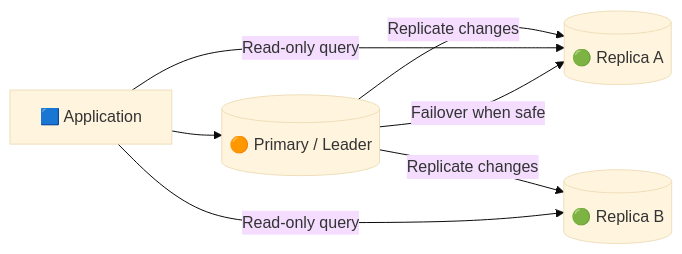
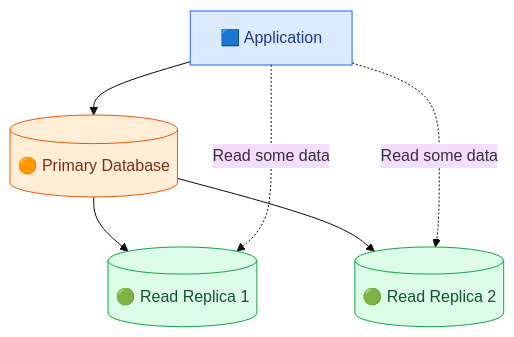
The fifth of 9 diagrams in System-Design/01-E-Commerce-Amazon.md (azam123/Engineering-Interview-Prep), drawn with Mermaid (base theme) before and after one commit. The commit also changed other lines of this file, not shown here.

```diff
--- a/System-Design/01-E-Commerce-Amazon.md
+++ b/System-Design/01-E-Commerce-Amazon.md
@@ -420,9 +337,14 @@
 ~~~mermaid
-flowchart LR
-    APP["🟦 Application"] --> P[("🟠 Primary / Leader")]
-    P -->|Replicate changes| R1[("🟢 Replica A")]
-    P -->|Replicate changes| R2[("🟢 Replica B")]
-    APP -->|Read-only query| R1
-    APP -->|Read-only query| R2
-    P -->|Failover when safe| R1
+flowchart TD
+    A["🟦 Application"] --> P[("🟠 Primary Database")]
+    P --> R1[("🟢 Read Replica 1")]
+    P --> R2[("🟢 Read Replica 2")]
+    A -. "Read some data" .-> R1
+    A -. "Read some data" .-> R2
+    classDef app fill:#dbeafe,stroke:#2563eb,color:#1e3a8a;
+    classDef primary fill:#ffedd5,stroke:#ea580c,color:#7c2d12;
+    classDef replica fill:#dcfce7,stroke:#16a34a,color:#14532d;
+    class A app;
+    class P primary;
+    class R1,R2 replica;
 ~~~
```
